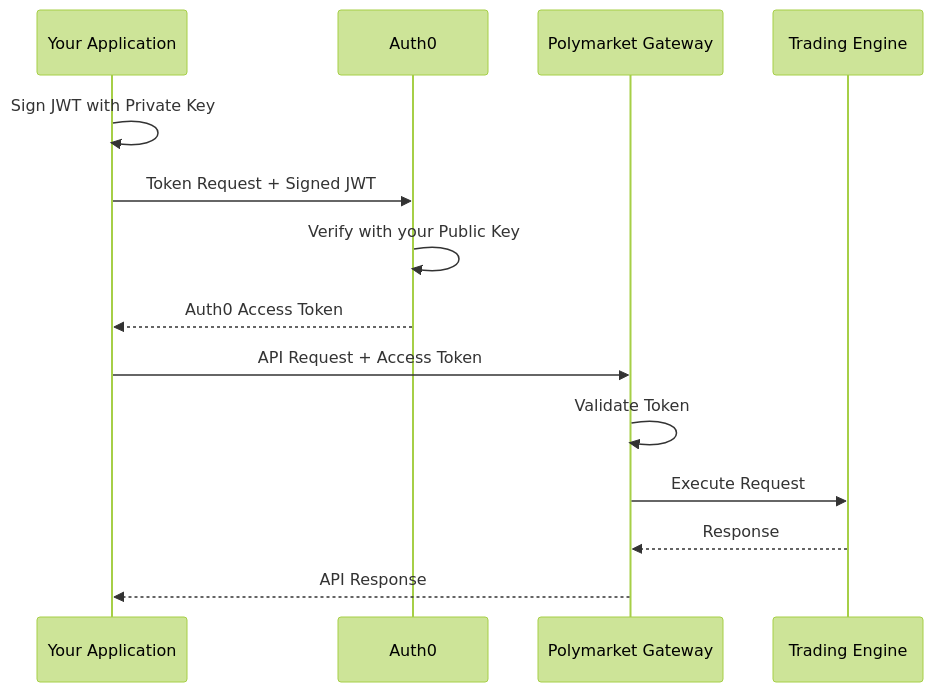
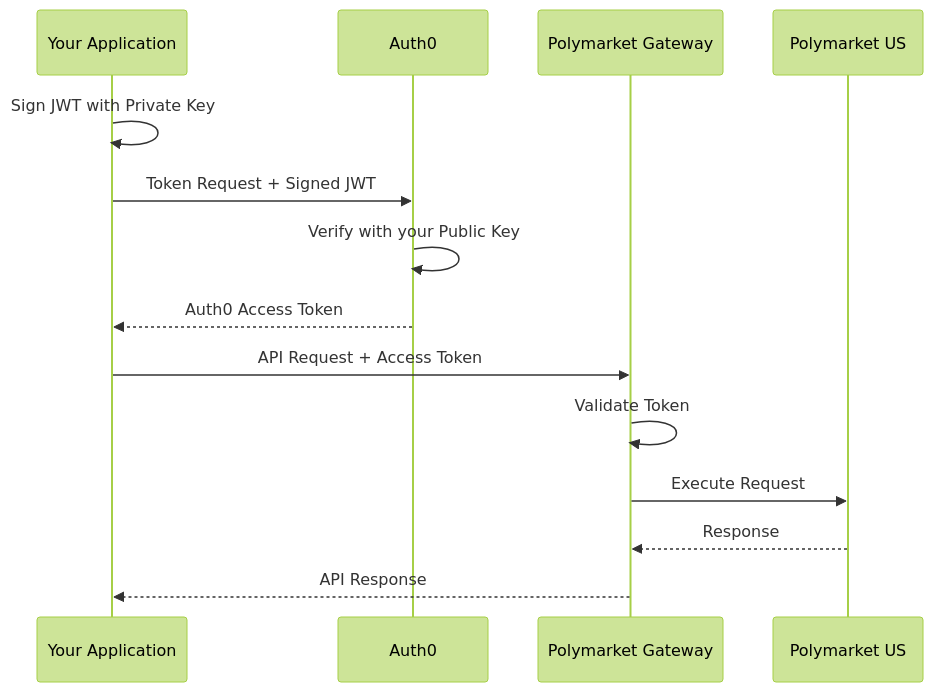
Before and after one commit to chrisr-a11y/docs: the diagram in getting-started/auth0-onboarding.mdx, drawn with Mermaid (forest theme). The commit also changed 15 other files, not shown here.

First line of the commit message:
docs: Clean up branding and regenerate API schemas

````diff
--- a/getting-started/auth0-onboarding.mdx
+++ b/getting-started/auth0-onboarding.mdx
@@ -27,17 +27,17 @@
 ```mermaid
 sequenceDiagram
     participant ISV as Your Application
     participant Auth0
     participant Gateway as Polymarket Gateway
-    participant Engine as Trading Engine
+    participant Exchange as Polymarket US
 
     ISV->>ISV: Sign JWT with Private Key
     ISV->>Auth0: Token Request + Signed JWT
     Auth0->>Auth0: Verify with your Public Key
     Auth0-->>ISV: Auth0 Access Token
     ISV->>Gateway: API Request + Access Token
     Gateway->>Gateway: Validate Token
-    Gateway->>Engine: Execute Request
-    Engine-->>Gateway: Response
+    Gateway->>Exchange: Execute Request
+    Exchange-->>Gateway: Response
     Gateway-->>ISV: API Response
 ```
````
